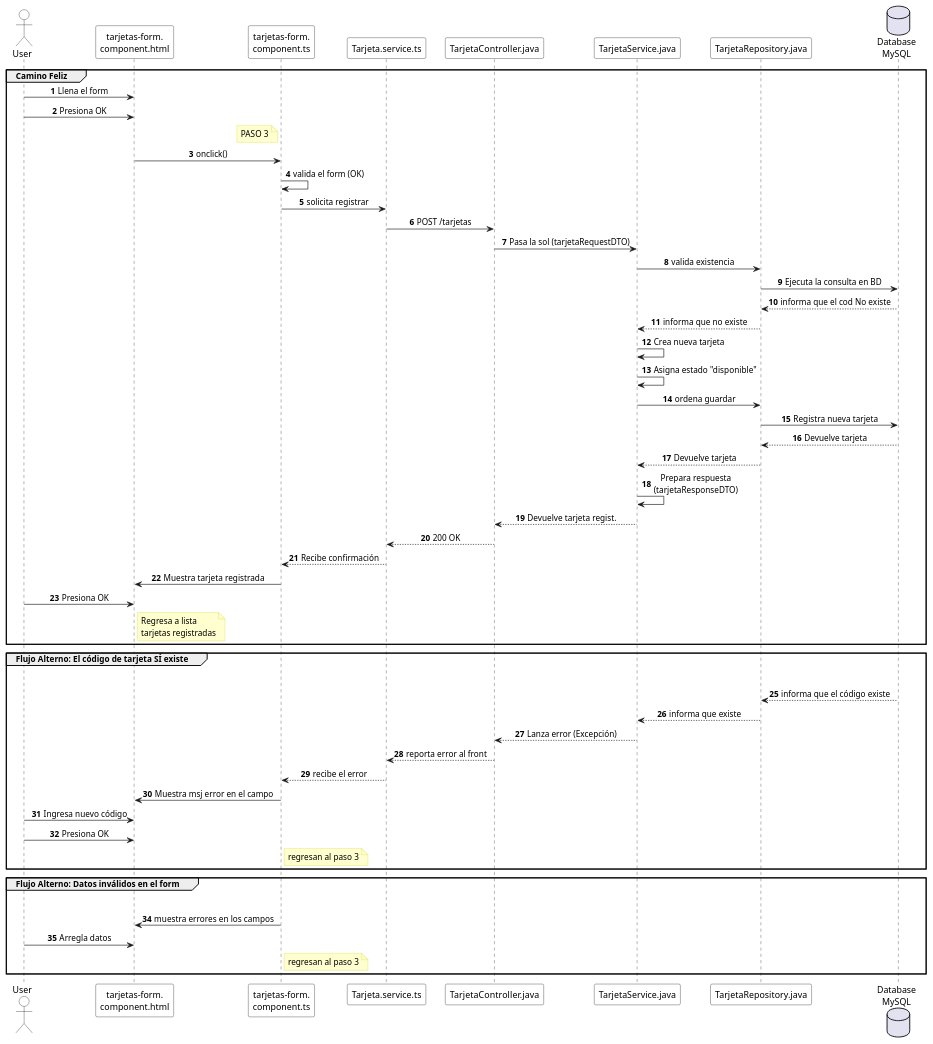
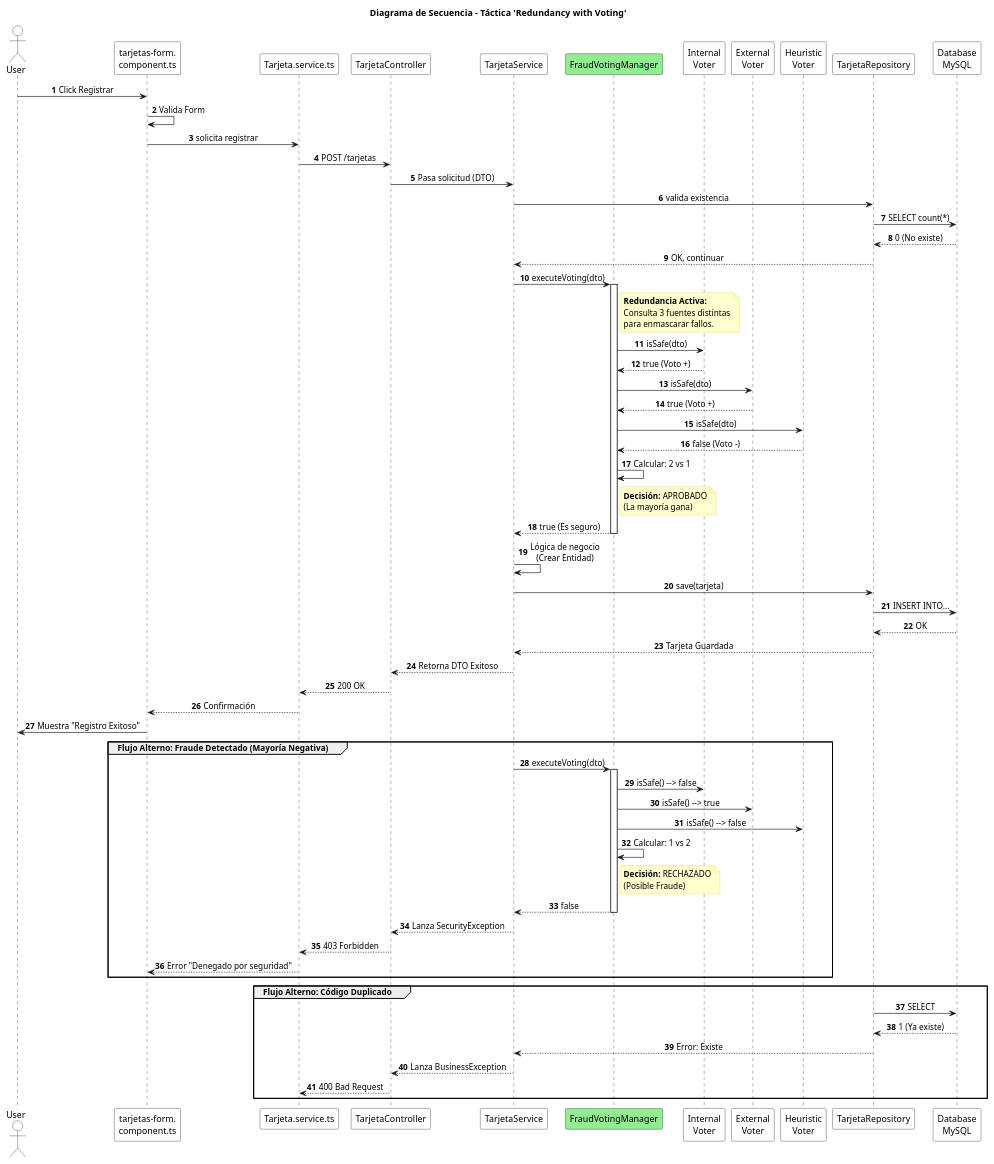
One commit to Calidozo1/sistema-inventario-tutarjeta changed the diagram in diagrama de secuencia Vanilla.puml. Above: the diagram before and after it, drawn with PlantUML. The commit also changed 7 other files, not shown here.

Commit message:
diagrama de secuencia y clase votting

```diff
--- a/diagrama de secuencia Vanilla.puml
+++ b/diagrama de secuencia Vanilla.puml
@@ -1,127 +1,142 @@
 @startuml
+title Diagrama de Secuencia - Táctica 'Redundancy with Voting'
 autonumber
 
 ' --- CONFIGURACIÓN VISUAL ---
 skinparam sequenceMessageAlign center
 skinparam responseMessageBelowArrow true
 skinparam maxMessageSize 200
 skinparam participant {
     BackgroundColor White
     BorderColor Black
 }
 skinparam actor {
     BackgroundColor White
     BorderColor Black
 }
 skinparam note {
     BackgroundColor #FEFECE
     BorderColor #D4D433
 }
 
-' --- PARTICIPANTES (LIMPIOS) ---
+' --- PARTICIPANTES ---
 actor "User" as User
-participant "tarjetas-form.\ncomponent.html" as HTML
 participant "tarjetas-form.\ncomponent.ts" as Component
 participant "Tarjeta.service.ts" as FrontService
 
-' === BACKEND ORIGINAL ===
-participant "TarjetaController.java" as Controller
-participant "TarjetaService.java" as BackService
-participant "TarjetaRepository.java" as Repo
-database "Database\nMySQL" as DB
+' === BACKEND ===
+participant "TarjetaController" as Controller
+participant "TarjetaService" as BackService
+
+' === TÁCTICA: VOTING MANAGER Y SUS VOTANTES ===
+participant "FraudVotingManager" as Manager #LightGreen
+participant "Internal\nVoter" as V1
+participant "External\nVoter" as V2
+participant "Heuristic\nVoter" as V3
+
+' === PERSISTENCIA ===
+participant "TarjetaRepository" as Repo
+' CORRECCIÓN: Ahora es un participante (recuadro), no database
+participant "Database\nMySQL" as DB
 
 ' =========================================================
-' === ESCENARIO PRINCIPAL: CAMINO FELIZ (Registro Exitoso) ===
+' === FLUJO PRINCIPAL (REGISTRO EXITOSO) ===
 ' =========================================================
-group Camino Feliz
 
-    ' 1. Frontend
-    User -> HTML: Llena el form
-    User -> HTML: Presiona OK
+' 1. Inicio
+User -> Component: Click Registrar
+Component -> Component: Valida Form
+Component -> FrontService: solicita registrar
+FrontService -> Controller: POST /tarjetas
+Controller -> BackService: Pasa solicitud (DTO)
 
-    note left of Component
-        PASO 3
+' 2. Validación Inicial (BD)
+BackService -> Repo: valida existencia
+Repo -> DB: SELECT count(*)
+DB --> Repo: 0 (No existe)
+Repo --> BackService: OK, continuar
+
+' ---------------------------------------------------------
+' 3. APLICACIÓN DE LA TÁCTICA: VOTACIÓN
+' ---------------------------------------------------------
+BackService -> Manager: executeVoting(dto)
+activate Manager
+
+    note right of Manager
+      **Redundancia Activa:**
+      Consulta 3 fuentes distintas
+      para enmascarar fallos.
     end note
 
-    HTML -> Component: onclick()
-    Component -> Component: valida el form (OK)
-    Component -> FrontService: solicita registrar
+    ' Votante 1: OK
+    Manager -> V1: isSafe(dto)
+    V1 --> Manager: true (Voto +)
 
-    ' 2. Backend (Conexión Directa)
-    FrontService -> Controller: POST /tarjetas
+    ' Votante 2: OK
+    Manager -> V2: isSafe(dto)
+    V2 --> Manager: true (Voto +)
 
-    ' 3. Backend Original
-    Controller -> BackService: Pasa la sol (tarjetaRequestDTO)
+    ' Votante 3: FALLO (Simulado)
+    Manager -> V3: isSafe(dto)
+    V3 --> Manager: false (Voto -)
 
-    BackService -> Repo: valida existencia
-    Repo -> DB: Ejecuta la consulta en BD
-    DB --> Repo: informa que el cod No existe
-    Repo --> BackService: informa que no existe
+    Manager -> Manager: Calcular: 2 vs 1
+    note right of Manager
+      **Decisión:** APROBADO
+      (La mayoría gana)
+    end note
 
-    BackService -> BackService: Crea nueva tarjeta
-    BackService -> BackService: Asigna estado "disponible"
+Manager --> BackService: true (Es seguro)
+deactivate Manager
 
-    BackService -> Repo: ordena guardar
-    Repo -> DB: Registra nueva tarjeta
-    DB --> Repo: Devuelve tarjeta
-    Repo --> BackService: Devuelve tarjeta
+' 4. Continuación del Registro (Solo si la votación pasó)
+BackService -> BackService: Lógica de negocio\n(Crear Entidad)
 
-    BackService -> BackService: Prepara respuesta\n(tarjetaResponseDTO)
-    BackService --> Controller: Devuelve tarjeta regist.
+BackService -> Repo: save(tarjeta)
+Repo -> DB: INSERT INTO...
+DB --> Repo: OK
+Repo --> BackService: Tarjeta Guardada
 
-    ' 4. Retorno
-    Controller --> FrontService: 200 OK
+BackService --> Controller: Retorna DTO Exitoso
+Controller --> FrontService: 200 OK
+FrontService --> Component: Confirmación
+Component -> User: Muestra "Registro Exitoso"
 
-    FrontService --> Component: Recibe confirmación
-    Component -> HTML: Muestra tarjeta registrada
+' =========================================================
+' === FLUJOS ALTERNOS (ERRORES) ===
+' =========================================================
 
-    ' 5. Acción Final Usuario
-    User -> HTML: Presiona OK
-    note right of HTML
-      Regresa a lista
-      tarjetas registradas
+' --- 1. Fraude Confirmado (La votación falla) ---
+group Flujo Alterno: Fraude Detectado (Mayoría Negativa)
+    ' Nota: Asumimos que esto ocurre en la fase de votación
+    BackService -> Manager: executeVoting(dto)
+    activate Manager
+
+    Manager -> V1: isSafe() --> false
+    Manager -> V2: isSafe() --> true
+    Manager -> V3: isSafe() --> false
+
+    Manager -> Manager: Calcular: 1 vs 2
+    note right of Manager
+        **Decisión:** RECHAZADO
+        (Posible Fraude)
     end note
+
+    Manager --> BackService: false
+    deactivate Manager
+
+    BackService --> Controller: Lanza SecurityException
+    Controller --> FrontService: 403 Forbidden
+    FrontService --> Component: Error "Denegado por seguridad"
 end
 
-' =========================================================
-' === FLUJOS ALTERNOS (Errores) ===
-' =========================================================
-
-' --- 1. Error de Negocio Backend ---
-group Flujo Alterno: El código de tarjeta SÍ existe
-    ' Estira la caja
-    User -[hidden]-> DB
-
-    ' Empieza directo en la respuesta de la BD
-    DB --> Repo: informa que el código existe
-    Repo --> BackService: informa que existe
-
-    BackService --> Controller: Lanza error (Excepción)
-    Controller --> FrontService: reporta error al front
-    FrontService --> Component: recibe el error
-    Component -> HTML: Muestra msj error en el campo
-
-    ' Acción del usuario + Referencia al paso 3
-    User -> HTML: Ingresa nuevo código
-    User -> HTML: Presiona OK
-    note right of Component
-        regresan al paso 3
-    end note
-end
-
-' --- 2. Error de Frontend (Datos Inválidos) ---
-group Flujo Alterno: Datos inválidos en el form
-    ' Estira la caja
-    User -[hidden]-> DB
-
-    ' Empieza directo mostrando errores
-    Component -> HTML: muestra errores en los campos
-
-    ' Acción del usuario + Referencia al paso 3
-    User -> HTML: Arregla datos
-    note right of Component
-        regresan al paso 3
-    end note
+' --- 2. Error de Negocio ---
+group Flujo Alterno: Código Duplicado
+    Repo -> DB: SELECT
+    DB --> Repo: 1 (Ya existe)
+    Repo --> BackService: Error: Existe
+    BackService --> Controller: Lanza BusinessException
+    Controller --> FrontService: 400 Bad Request
 end
 
 @enduml
```
